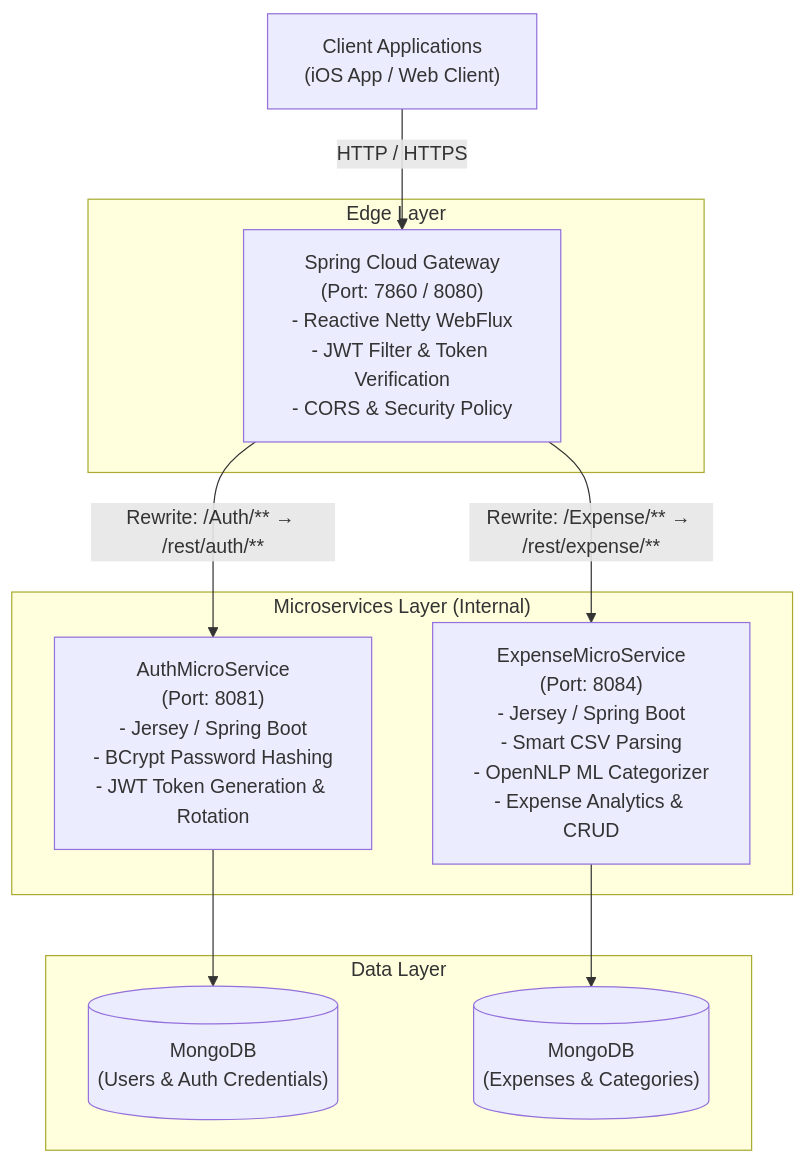
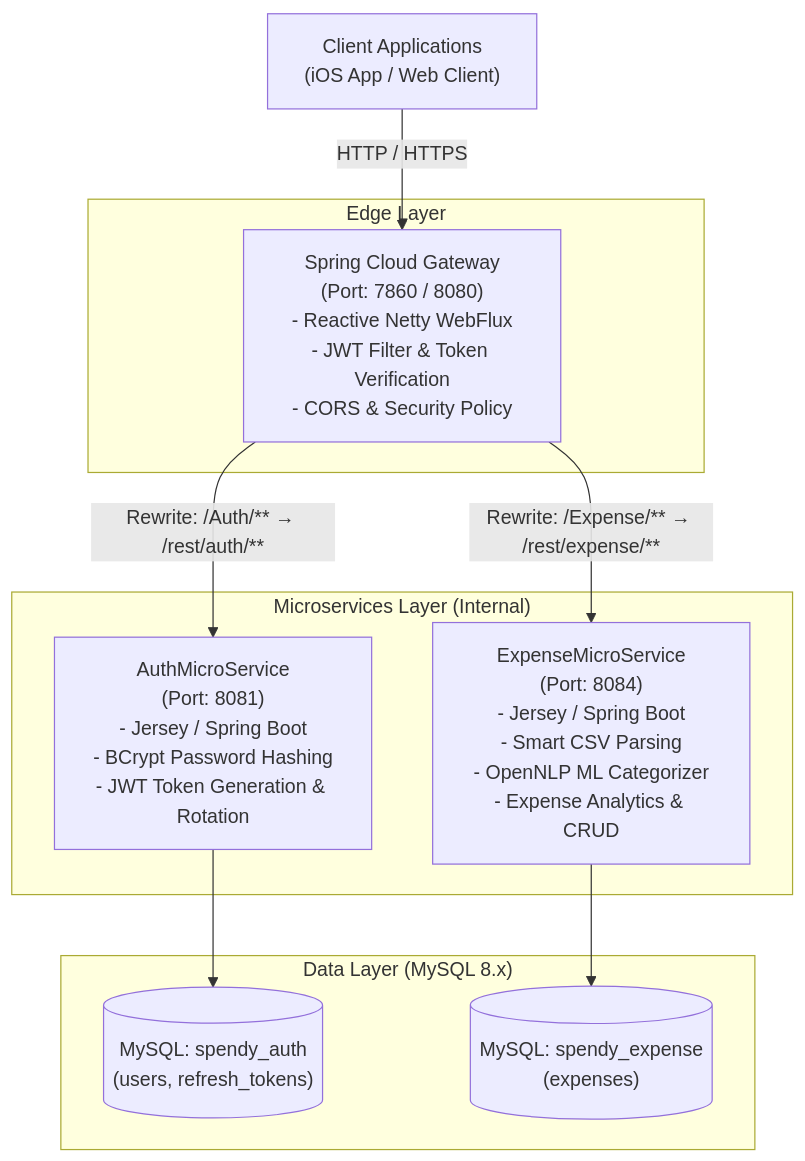
Before and after one commit to Giusk10/SpendyApp: the first of 2 diagrams in README.md, drawn with Mermaid. The commit also changed other lines of this file and 28 other files, not shown here.

Commit message:
refactor: migrate persistence layers from MongoDB to MySQL with Flyway support

````diff
--- a/README.md
+++ b/README.md
@@ -54,24 +56,24 @@
 ```mermaid
 flowchart TD
     Client["Client Applications<br/>(iOS App / Web Client)"]
     
     subgraph Edge ["Edge Layer"]
         Gateway["Spring Cloud Gateway<br/>(Port: 7860 / 8080)<br/>- Reactive Netty WebFlux<br/>- JWT Filter & Token Verification<br/>- CORS & Security Policy"]
     end
 
     subgraph Microservices ["Microservices Layer (Internal)"]
         AuthService["AuthMicroService<br/>(Port: 8081)<br/>- Jersey / Spring Boot<br/>- BCrypt Password Hashing<br/>- JWT Token Generation & Rotation"]
         ExpenseService["ExpenseMicroService<br/>(Port: 8084)<br/>- Jersey / Spring Boot<br/>- Smart CSV Parsing<br/>- OpenNLP ML Categorizer<br/>- Expense Analytics & CRUD"]
     end
 
-    subgraph DataStore ["Data Layer"]
-        AuthDB[("MongoDB<br/>(Users & Auth Credentials)")]
-        ExpenseDB[("MongoDB<br/>(Expenses & Categories)")]
+    subgraph DataStore ["Data Layer (MySQL 8.x)"]
+        AuthDB[("MySQL: spendy_auth<br/>(users, refresh_tokens)")]
+        ExpenseDB[("MySQL: spendy_expense<br/>(expenses)")]
     end
 
     Client -->|HTTP / HTTPS| Gateway
     Gateway -->|Rewrite: /Auth/** &rarr; /rest/auth/**| AuthService
     Gateway -->|Rewrite: /Expense/** &rarr; /rest/expense/**| ExpenseService
     AuthService --> AuthDB
     ExpenseService --> ExpenseDB
 ```
````
